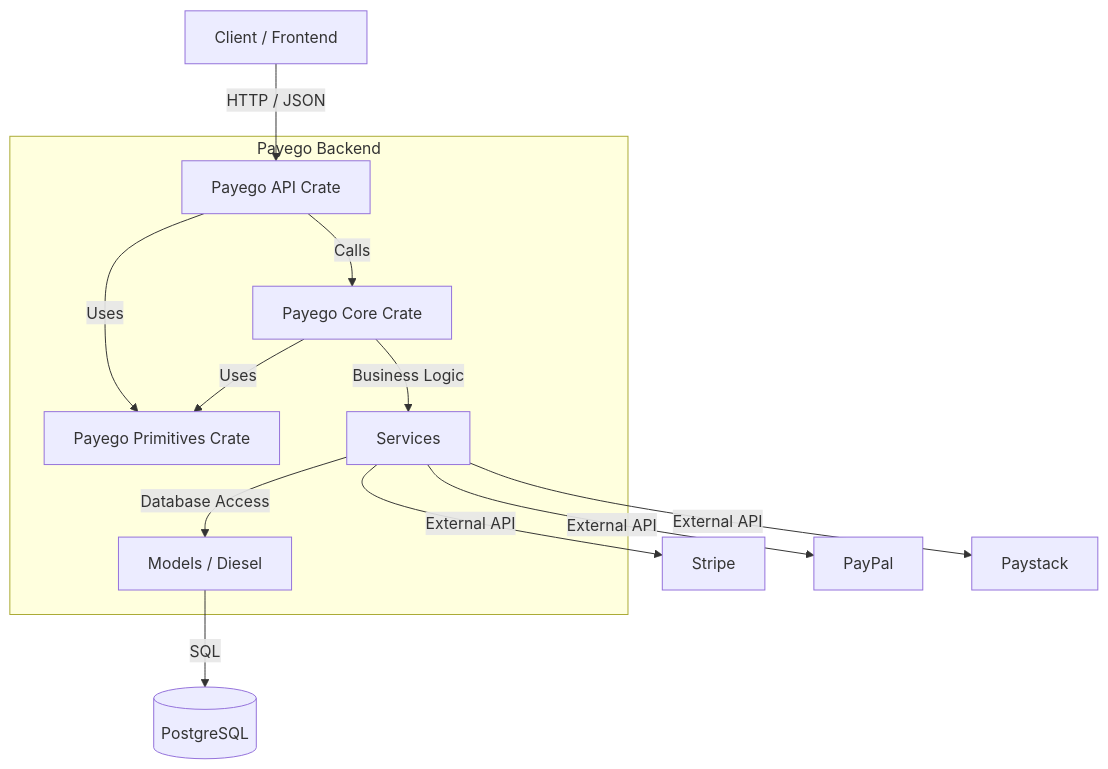
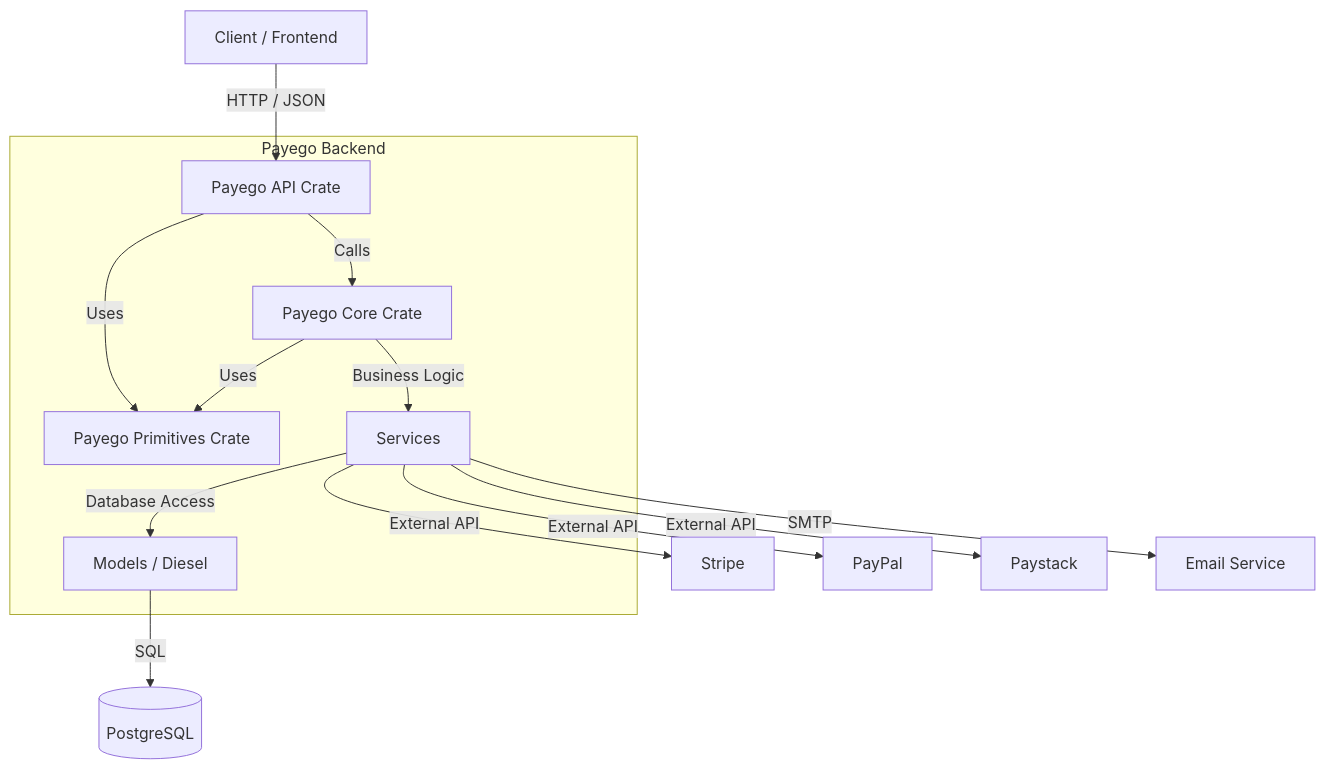
One commit to intelliDean/Payego changed the diagram in README.md. Above: the diagram before and after it, drawn with Mermaid. The commit also changed other lines of this file and 8 other files, not shown here.

````diff
--- a/README.md
+++ b/README.md
@@ -46,19 +78,20 @@
 ```mermaid
 graph TD
     Client[Client / Frontend] -->|HTTP / JSON| API[Payego API Crate]
     
     subgraph "Payego Backend"
         API -->|Calls| Core[Payego Core Crate]
         Core -->|Uses| Primitives[Payego Primitives Crate]
         API -->|Uses| Primitives
         
         Core -->|Business Logic| Services[Services]
         Services -->|Database Access| Models[Models / Diesel]
     end
     
     Services -->|External API| Stripe[Stripe]
     Services -->|External API| PayPal[PayPal]
     Services -->|External API| Paystack[Paystack]
+    Services -->|SMTP| Email[Email Service]
     
     Models -->|SQL| DB[(PostgreSQL)]
 ```
````
